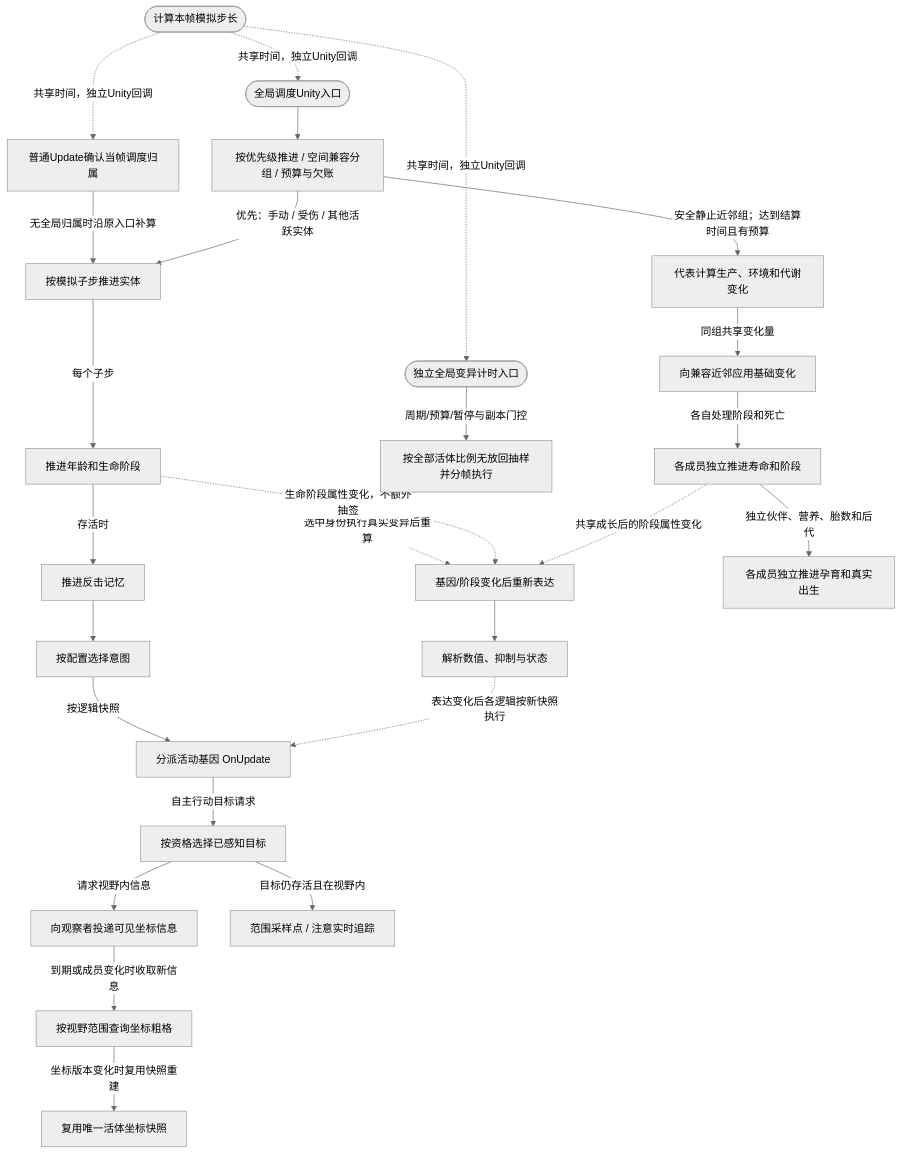
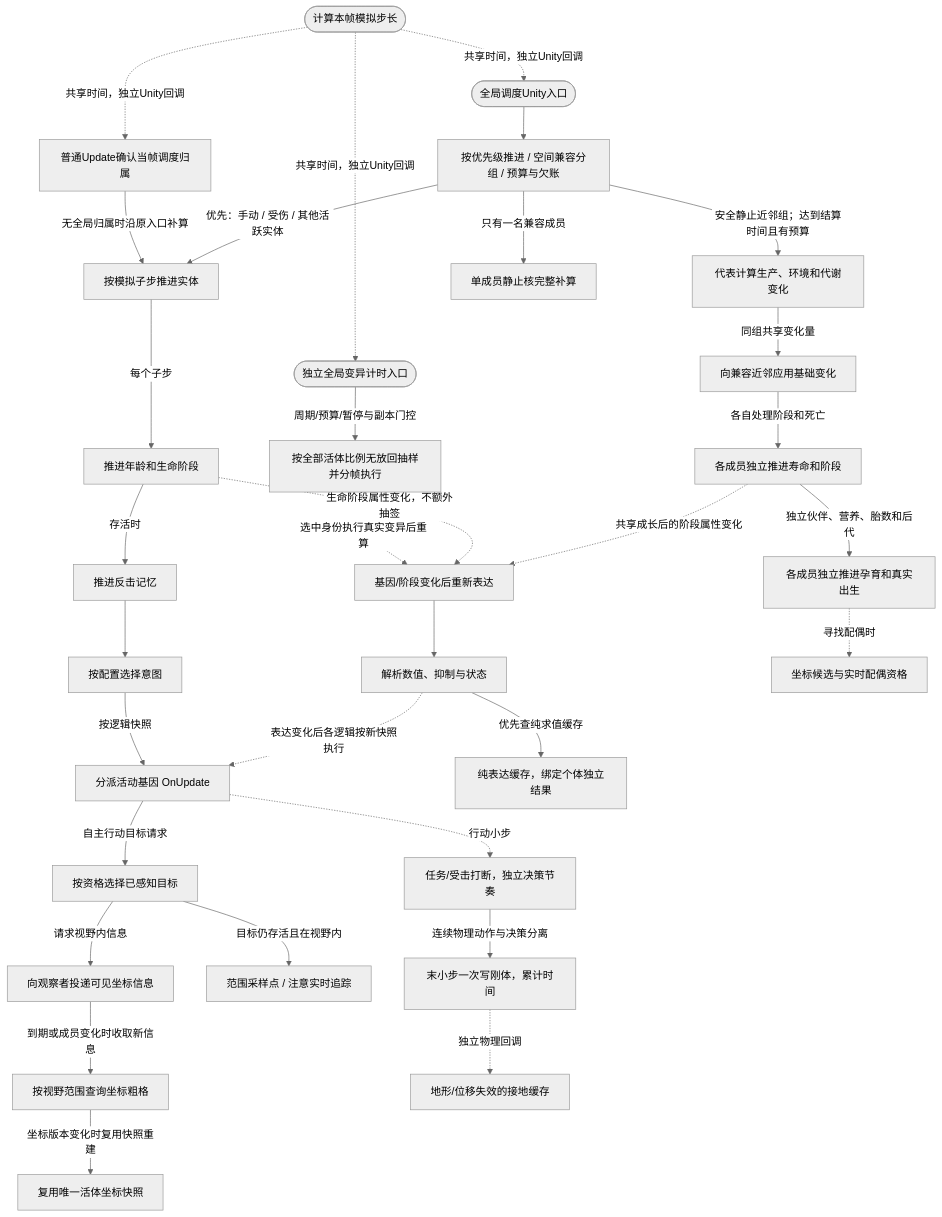
The third of 12 diagrams in Docs/运行流程图/主流程.md (xhs6666/Darwin_paradise), drawn with Mermaid (neutral theme) before and after one commit. The commit also changed other lines of this file and 233 other files, not shown here.

````diff
--- a/Docs/运行流程图/主流程.md
+++ b/Docs/运行流程图/主流程.md
@@ -89,51 +89,63 @@
 ```mermaid
 flowchart TD
   n0(["计算本帧模拟步长"])
   n1["普通Update确认当帧调度归属"]
   n2["按模拟子步推进实体"]
   n3["推进年龄和生命阶段"]
   n4["推进反击记忆"]
   n5["按配置选择意图"]
   n6["分派活动基因 OnUpdate"]
   n7["基因/阶段变化后重新表达"]
   n8["解析数值、抑制与状态"]
   n9(["全局调度Unity入口"])
   n10["按优先级推进 / 空间兼容分组 / 预算与欠账"]
   n11["代表计算生产、环境和代谢变化"]
   n12["向兼容近邻应用基础变化"]
   n13["各成员独立推进寿命和阶段"]
   n14["各成员独立推进孕育和真实出生"]
   n15["按全部活体比例无放回抽样并分帧执行"]
   n16(["独立全局变异计时入口"])
   n17["复用唯一活体坐标快照"]
   n18["按视野范围查询坐标粗格"]
   n19["向观察者投递可见坐标信息"]
   n20["按资格选择已感知目标"]
   n21["范围采样点 / 注意实时追踪"]
+  exprcache["纯表达缓存，绑定个体独立结果"]
+  single["单成员静止核完整补算"]
+  cadence["任务/受击打断，独立决策节奏"]
+  motionbatch["末小步一次写刚体，累计时间"]
+  mategrid["坐标候选与实时配偶资格"]
+  groundcache["地形/位移失效的接地缓存"]
   n0 -. "共享时间，独立Unity回调" .-> n9
   n9 --> n10
   n0 -. "共享时间，独立Unity回调" .-> n1
   n1 -->|"无全局归属时沿原入口补算"| n2
   n10 -->|"优先：手动 / 受伤 / 其他活跃实体"| n2
   n10 -->|"安全静止近邻组；达到结算时间且有预算"| n11
   n11 -->|"同组共享变化量"| n12
   n12 -->|"各自处理阶段和死亡"| n13
   n13 -->|"独立伙伴、营养、胎数和后代"| n14
   n2 -->|"每个子步"| n3
   n3 -->|"存活时"| n4
   n4 --> n5
   n5 -->|"按逻辑快照"| n6
   n15 -. "选中身份执行真实变异后重算" .-> n7
   n7 --> n8
   n8 -. "表达变化后各逻辑按新快照执行" .-> n6
   n0 -. "共享时间，独立Unity回调" .-> n16
   n16 -->|"周期/预算/暂停与副本门控"| n15
   n3 -. "生命阶段属性变化，不额外抽签" .-> n7
   n13 -. "共享成长后的阶段属性变化" .-> n7
   n6 -->|"自主行动目标请求"| n20
   n20 -->|"请求视野内信息"| n19
   n19 -->|"到期或成员变化时收取新信息"| n18
   n18 -->|"坐标版本变化时复用快照重建"| n17
   n20 -->|"目标仍存活且在视野内"| n21
+  n8 -->|"优先查纯求值缓存"| exprcache
+  n10 -->|"只有一名兼容成员"| single
+  n6 -. "行动小步" .-> cadence
+  cadence -->|"连续物理动作与决策分离"| motionbatch
+  n14 -. "寻找配偶时" .-> mategrid
+  motionbatch -. "独立物理回调" .-> groundcache
 
 ```
````
